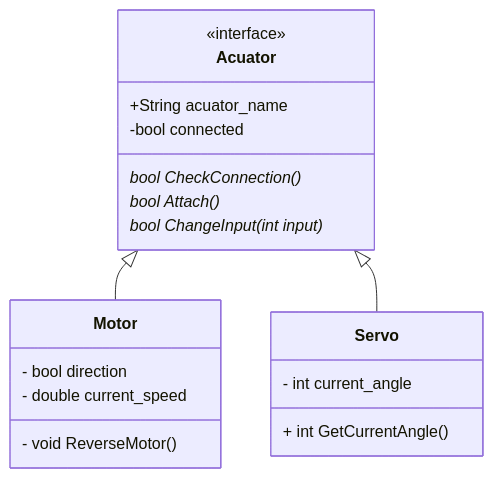
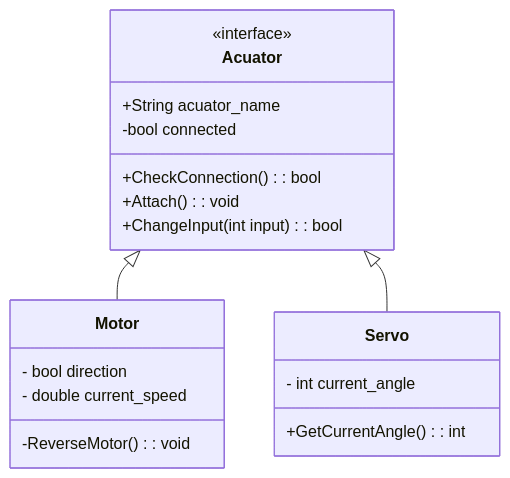
Before and after one commit to ubcuas/Airdrop-Software-2022: the second of 2 diagrams in docs/DESIGN.md, drawn with Mermaid. The commit also changed other lines of this file, not shown here.

Commit message:
complete testing mermaid

````diff
--- a/docs/DESIGN.md
+++ b/docs/DESIGN.md
@@ -94,26 +107,26 @@
 ```mermaid
 classDiagram
 
 class Acuator {
  <<interface>>
  +String acuator_name
  -bool connected
- bool CheckConnection()*
- bool Attach() *
- bool ChangeInput(int input)*
+ +CheckConnection(): bool
+ +Attach(): void
+ +ChangeInput(int input): bool
 }
 
 
 Acuator <|-- Motor
 class Motor {
   - bool direction
   - double current_speed
-  - void ReverseMotor()
+  -ReverseMotor(): void
 }
 
 Acuator <|-- Servo
 class Servo {
   - int current_angle
-  + int GetCurrentAngle()
+  +GetCurrentAngle(): int
 }
 ```
````
